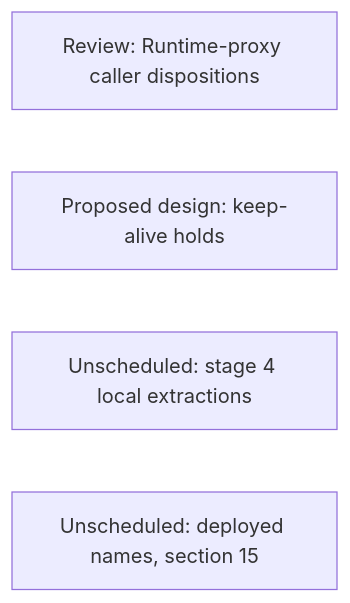
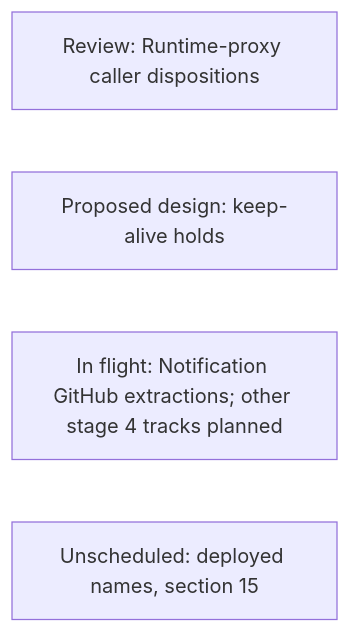
One commit to agentydragon/ducktape changed diagram 20 of 20 in agentplane/plans/task_dag.md. Above: the diagram before and after it, drawn with Mermaid. The commit also changed other lines of this file, not shown here.

First line of the commit message:
agentplane/plans: map the re-cut Go plan stage 4 tracks

````diff
--- a/agentplane/plans/task_dag.md
+++ b/agentplane/plans/task_dag.md
@@ -4065,7 +4064,7 @@
 ```mermaid
 flowchart LR
     RUNTIME_PROXY_CALLER_AUDIT[Review: Runtime-proxy caller dispositions]
     ENVIRONMENT_KEEP_ALIVE_HOLDS[Proposed design: keep-alive holds]
-    GO_LOCAL_EXTRACTIONS[Unscheduled: stage 4 local extractions]
+    GO_LOCAL_EXTRACTIONS[In flight: Notification GitHub extractions; other stage 4 tracks planned]
     RUNNER_GATEWAY_RENAME[Unscheduled: deployed names, section 15]
 ```
````
